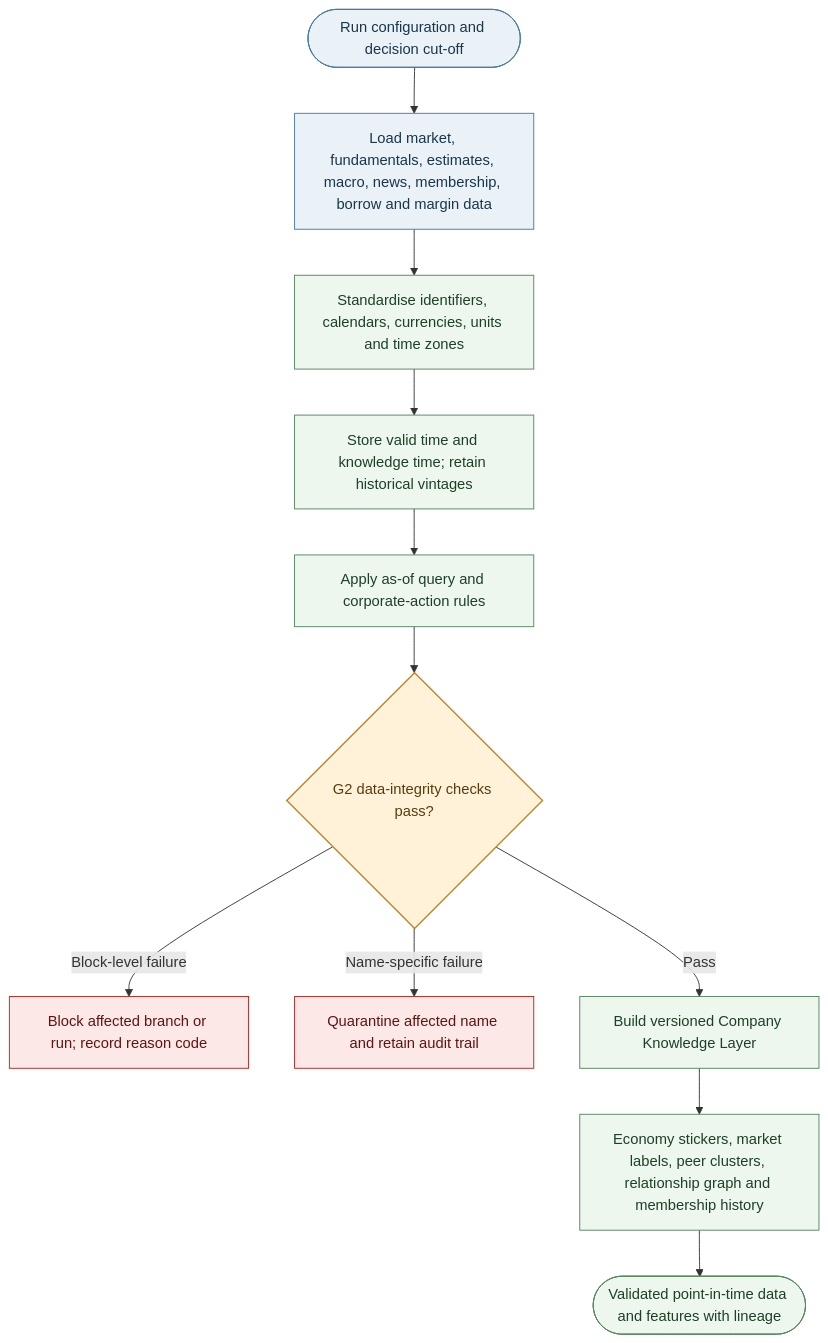
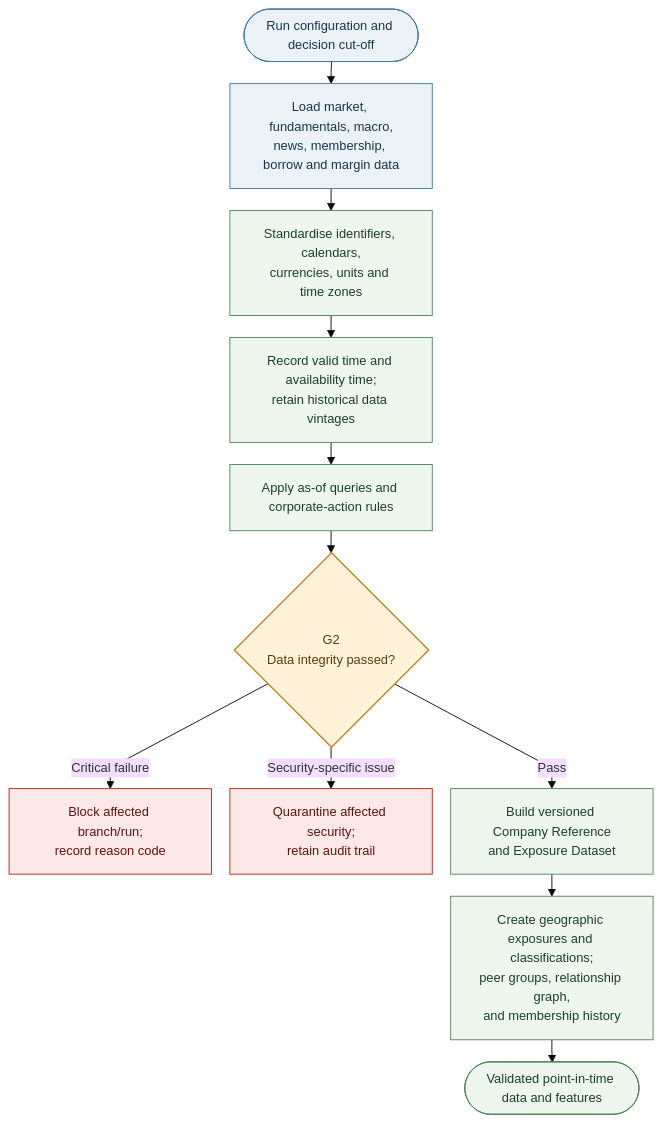
One commit to dannysilverio6-creator/AQP---LSEG changed the third of 15 diagrams in AQP OVERVIEW.md. Above: the diagram before and after it, drawn with Mermaid. The commit also changed other lines of this file, not shown here.

````diff
--- a/AQP OVERVIEW.md
+++ b/AQP OVERVIEW.md
@@ -162,22 +167,27 @@
 ```mermaid
+%%{init: {"theme": "base", "flowchart": {"nodeSpacing": 20, "rankSpacing": 24, "wrappingWidth": 160, "diagramPadding": 24, "curve": "linear"}, "themeVariables": {"fontSize": "14px"}}}%%
 flowchart TB
-    A([Run configuration and decision cut-off]) --> B[Load market, fundamentals, estimates, macro, news, membership, borrow and margin data]
-    B --> C[Standardise identifiers, calendars, currencies, units and time zones]
-    C --> D[Store valid time and knowledge time; retain historical vintages]
-    D --> E[Apply as-of query and corporate-action rules]
-    E --> F{G2 data-integrity checks pass?}
-    F -->|Block-level failure| G[Block affected branch or run; record reason code]
-    F -->|Name-specific failure| H[Quarantine affected name and retain audit trail]
-    F -->|Pass| I[Build versioned Company Knowledge Layer]
-    I --> J[Economy stickers, market labels, peer clusters, relationship graph and membership history]
-    J --> K([Validated point-in-time data and features with lineage])
-
+    A([Run configuration and decision cut-off])
+    B["Load market, fundamentals, macro,<br/>news, membership, borrow and margin data"]
+    C["Standardise identifiers, calendars,<br/>currencies, units and time zones"]
+    D["Record valid time and availability time;<br/>retain historical data vintages"]
+    E["Apply as-of queries and corporate-action rules"]
+    F{G2<br/>Data integrity passed?}
+    G["Block affected branch/run;<br/>record reason code"]
+    H["Quarantine affected security;<br/>retain audit trail"]
+    I["Build versioned Company Reference<br/>and Exposure Dataset"]
+    J["Create geographic exposures and classifications;<br/>peer groups, relationship graph,<br/>and membership history"]
+    K([Validated point-in-time data and features])
+    A --> B --> C --> D --> E --> F
+    F -->|Critical failure| G
+    F -->|Security-specific issue| H
+    F -->|Pass| I --> J --> K
     classDef input fill:#eaf2f8,stroke:#477b9e,color:#19364a;
     classDef process fill:#edf7ed,stroke:#54845e,color:#1d4026;
     classDef gate fill:#fff2d9,stroke:#b9862b,color:#593c0c,stroke-width:1.5px;
     classDef stop fill:#fce8e6,stroke:#b3261e,color:#5f1410;
     class A,B input;
     class C,D,E,I,J,K process;
     class F gate;
     class G,H stop;
 ```
````
